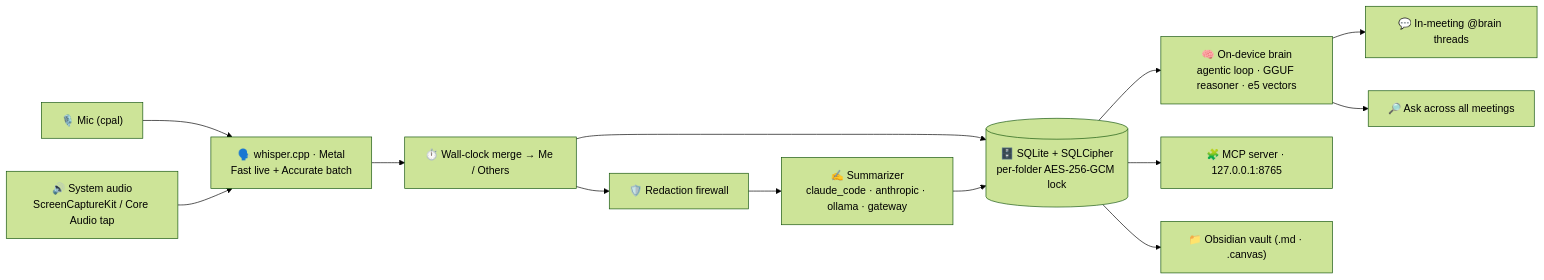
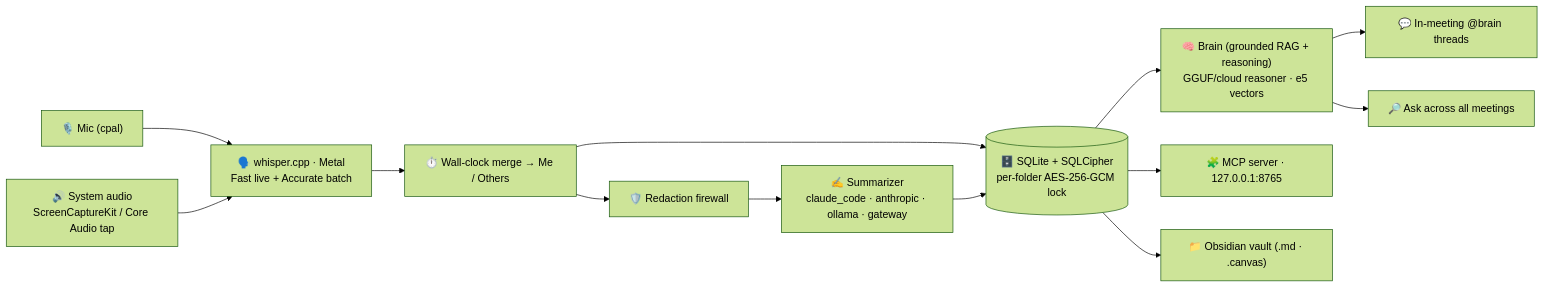
One commit to murmur-io/murmur changed the diagram in README.md. Above: the diagram before and after it, drawn with Mermaid (forest theme). The commit also changed other lines of this file and 11 other files, not shown here.

````diff
--- a/README.md
+++ b/README.md
@@ -228,16 +239,16 @@
 ```mermaid
 flowchart LR
   mic["🎙️ Mic (cpal)"] --> asr
   sys["🔊 System audio<br/>ScreenCaptureKit / Core Audio tap"] --> asr
   asr["🗣️ whisper.cpp · Metal<br/>Fast live + Accurate batch"] --> merge
   merge["⏱️ Wall-clock merge → Me / Others"] --> db
   merge --> redact
   redact["🛡️ Redaction firewall"] --> prov
   prov["✍️ Summarizer<br/>claude_code · anthropic · ollama · gateway"] --> db
   db[("🗄️ SQLite + SQLCipher<br/>per-folder AES-256-GCM lock")]
-  db --> brain["🧠 On-device brain<br/>agentic loop · GGUF reasoner · e5 vectors"]
+  db --> brain["🧠 Brain (grounded RAG + reasoning)<br/>GGUF/cloud reasoner · e5 vectors"]
   brain --> live["💬 In-meeting @brain threads"]
   brain --> ask["🔎 Ask across all meetings"]
   db --> mcp["🧩 MCP server · 127.0.0.1:8765"]
   db --> vault["📁 Obsidian vault (.md · .canvas)"]
 ```
````
